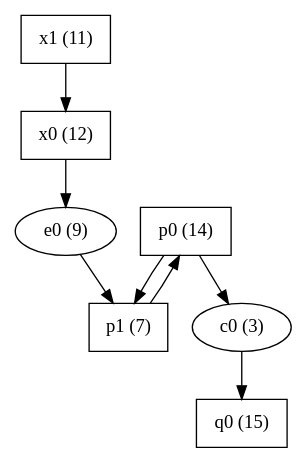
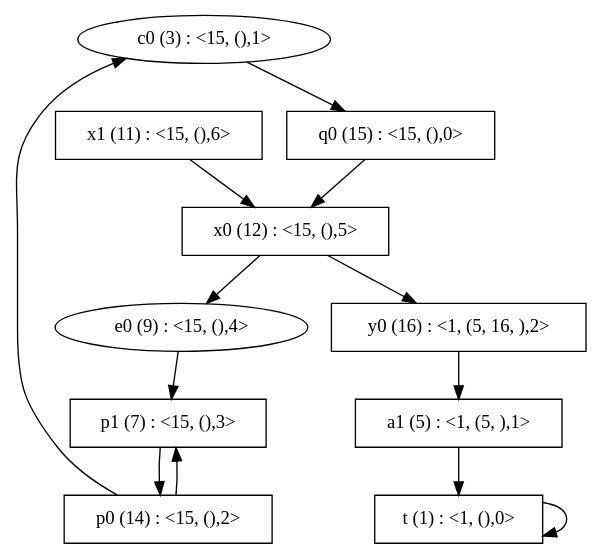
The diagram in ParityGames/src/AllExamples/Cunningham1.pg.dot (mskd12/invisible), drawn with Graphviz before and after one commit. The commit also changed 15 other files, not shown here.

```diff
--- a/ParityGames/src/AllExamples/Cunningham1.pg.dot
+++ b/ParityGames/src/AllExamples/Cunningham1.pg.dot
@@ -1,16 +1,24 @@
 digraph G { 
-"c0"[label="\N (3)" , color=black ]
+"c0"[label="\N (3) : <15, (),1>", color=black]
 "c0"->"q0"
-"e0"[label="\N (9)" , color=black ]
+"e0"[label="\N (9) : <15, (),4>", color=black]
 "e0"->"p1"
-"p0"[label="\N (14)", color=black, shape=polygon ]
+"t"[label="\N (1) : <1, (),0>", color=black, shape=polygon ]
+"t"->"t"
+"a1"[label="\N (5) : <1, (5, ),1>", color=black, shape=polygon ]
+"a1"->"t"
+"p0"[label="\N (14) : <15, (),2>", color=black, shape=polygon ]
 "p0"->"c0"
 "p0"->"p1"
-"p1"[label="\N (7)", color=black, shape=polygon ]
+"p1"[label="\N (7) : <15, (),3>", color=black, shape=polygon ]
 "p1"->"p0"
-"q0"[label="\N (15)", color=black, shape=polygon ]
-"x0"[label="\N (12)", color=black, shape=polygon ]
+"y0"[label="\N (16) : <1, (5, 16, ),2>", color=black, shape=polygon ]
+"y0"->"a1"
+"q0"[label="\N (15) : <15, (),0>", color=black, shape=polygon ]
+"q0"->"x0"
+"x0"[label="\N (12) : <15, (),5>", color=black, shape=polygon ]
 "x0"->"e0"
-"x1"[label="\N (11)", color=black, shape=polygon ]
+"x0"->"y0"
+"x1"[label="\N (11) : <15, (),6>", color=black, shape=polygon ]
 "x1"->"x0"
 }
```
